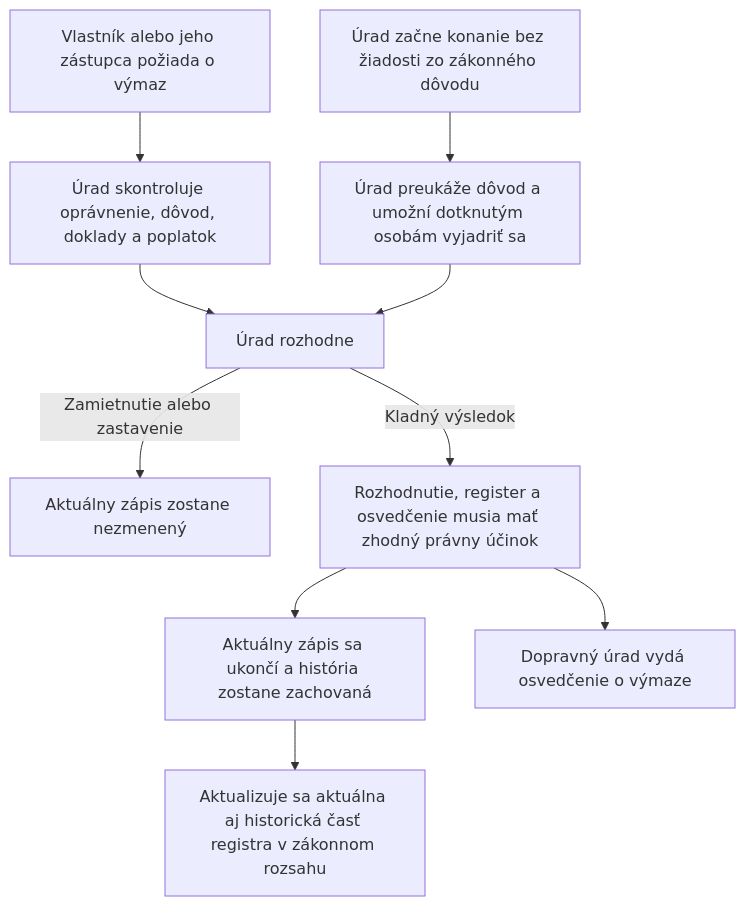
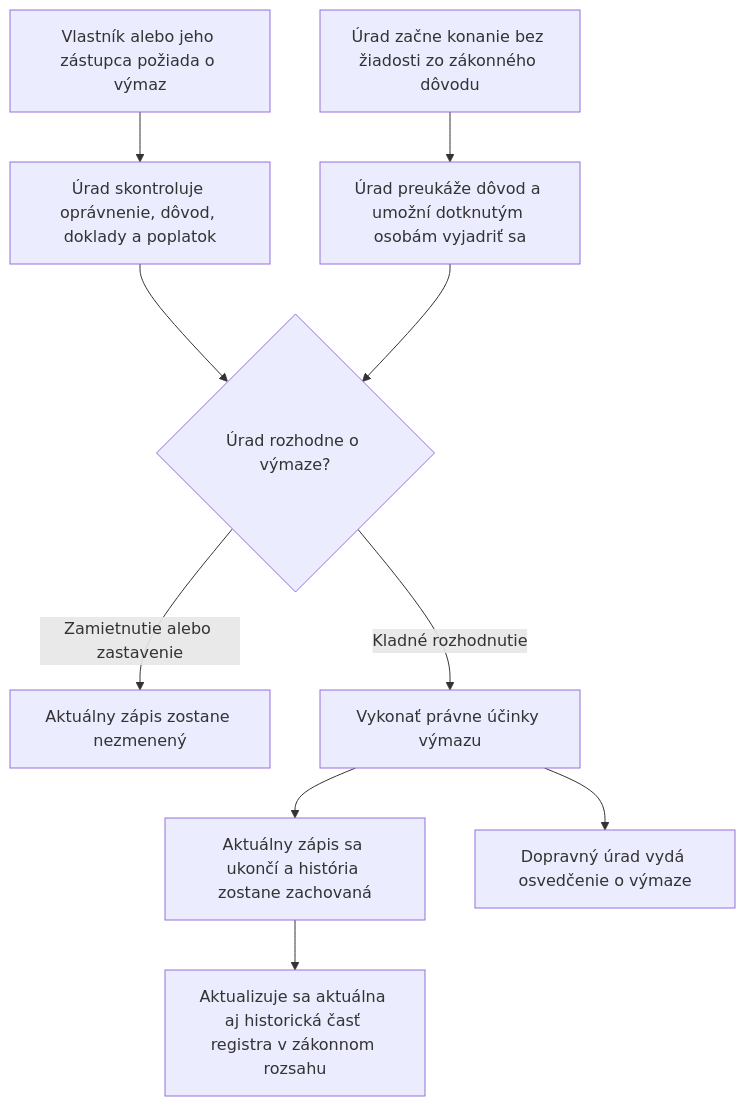
The diagram in examples/MUDU-063/graph.md (fixerivan/mudu-process-definition-standard), drawn with Mermaid before and after one commit. The commit also changed 10 other files, not shown here.

````diff
--- a/examples/MUDU-063/graph.md
+++ b/examples/MUDU-063/graph.md
@@ -8,12 +8,12 @@
 ```mermaid
 graph TD
     A1["Vlastník alebo jeho zástupca požiada o výmaz"] --> B1["Úrad skontroluje oprávnenie, dôvod, doklady a poplatok"]
     A2["Úrad začne konanie bez žiadosti zo zákonného dôvodu"] --> B2["Úrad preukáže dôvod a umožní dotknutým osobám vyjadriť sa"]
-    B1 --> C["Úrad rozhodne"]
+    B1 --> C{"Úrad rozhodne o výmaze?"}
     B2 --> C
     C -->|Zamietnutie alebo zastavenie| X["Aktuálny zápis zostane nezmenený"]
-    C -->|Kladný výsledok| D["Rozhodnutie, register a osvedčenie musia mať zhodný právny účinok"]
+    C -->|Kladné rozhodnutie| D["Vykonať právne účinky výmazu"]
     D --> E["Aktuálny zápis sa ukončí a história zostane zachovaná"]
     D --> F["Dopravný úrad vydá osvedčenie o výmaze"]
     E --> G["Aktualizuje sa aktuálna aj historická časť registra v zákonnom rozsahu"]
 ```
````
